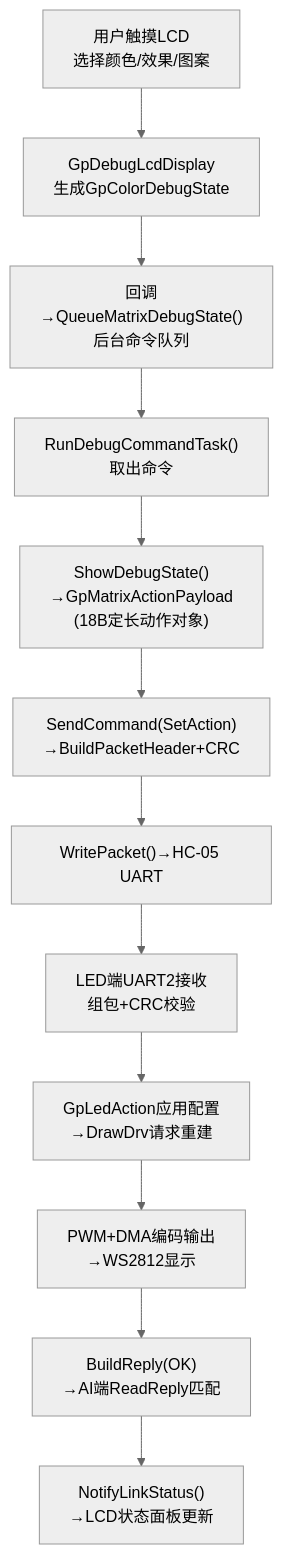
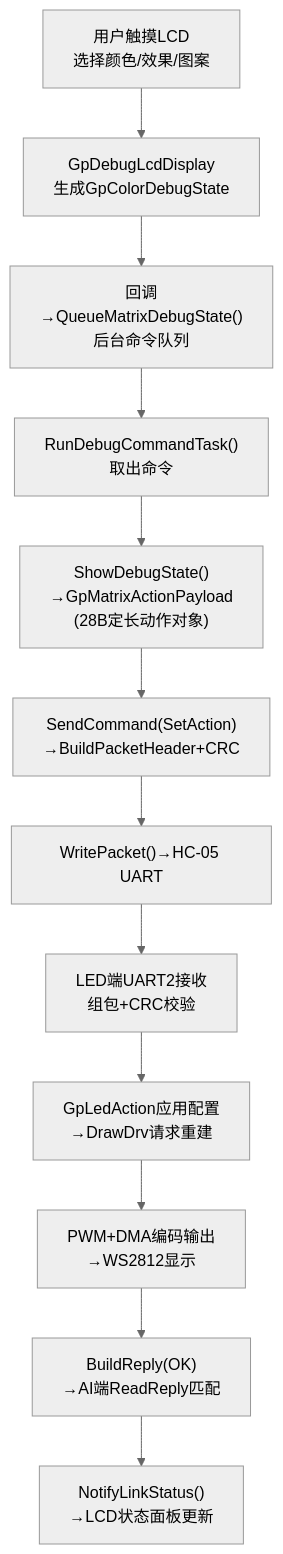
One commit to N3SSS13D/GraduationProject changed the third of 5 diagrams in Doc/毕业论文/software_chapter_draft.md. Above: the diagram before and after it, drawn with Mermaid (neutral theme). The commit also changed other lines of this file and 118 other files, not shown here.

````diff
--- a/Doc/毕业论文/software_chapter_draft.md
+++ b/Doc/毕业论文/software_chapter_draft.md
@@ -171,14 +173,14 @@
 ```mermaid
 flowchart TD
     TOUCH["用户触摸LCD<br/>选择颜色/效果/图案"] --> STATE["GpDebugLcdDisplay<br/>生成GpColorDebugState"]
     STATE --> QUEUE["回调→QueueMatrixDebugState()<br/>后台命令队列"]
     QUEUE --> POP["RunDebugCommandTask()<br/>取出命令"]
-    POP --> CONV["ShowDebugState()<br/>→GpMatrixActionPayload<br/>(18B定长动作对象)"]
+    POP --> CONV["ShowDebugState()<br/>→GpMatrixActionPayload<br/>(28B定长动作对象)"]
     CONV --> PACK["SendCommand(SetAction)<br/>→BuildPacketHeader+CRC"]
     PACK --> UART["WritePacket()→HC-05 UART"]
     UART --> RCV["LED端UART2接收<br/>组包+CRC校验"]
     RCV --> EXEC["GpLedAction应用配置<br/>→DrawDrv请求重建"]
     EXEC --> PWM["PWM+DMA编码输出<br/>→WS2812显示"]
     PWM --> ACK["BuildReply(OK)<br/>→AI端ReadReply匹配"]
     ACK --> UI["NotifyLinkStatus()<br/>→LCD状态面板更新"]
 ```
````
